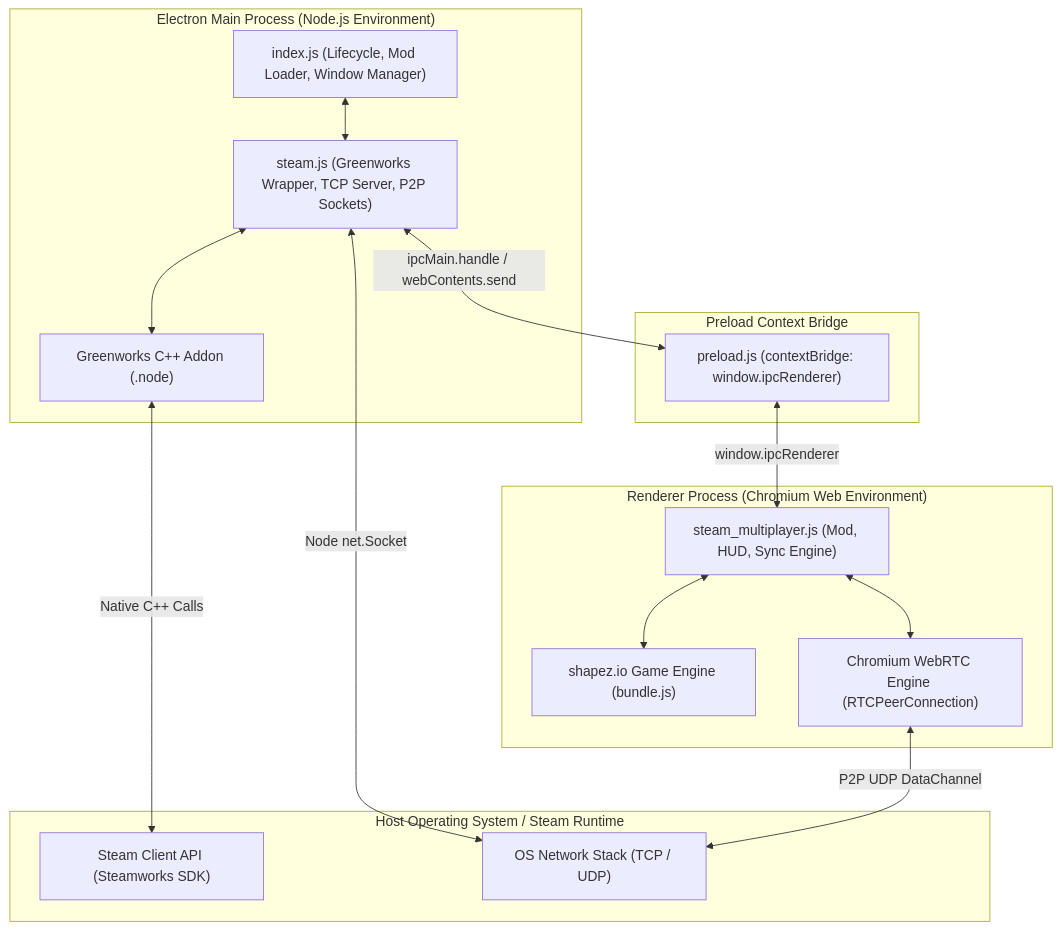
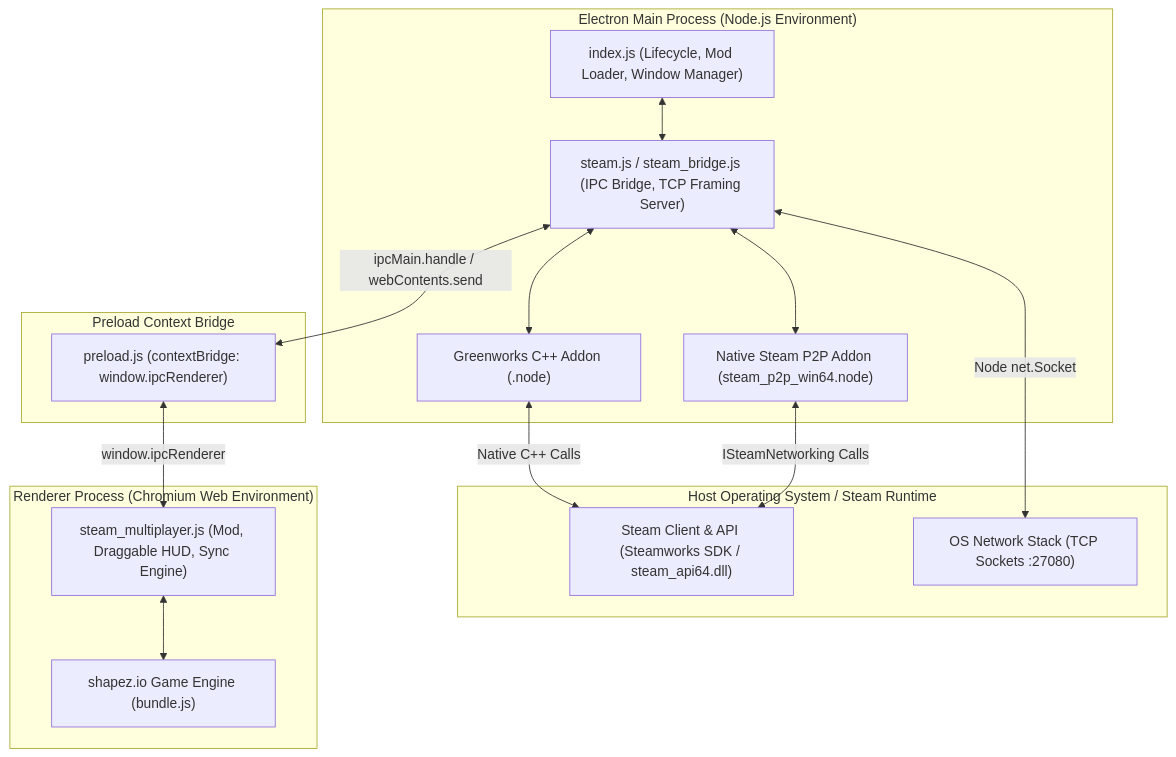
The diagram in docs/technical-design/architecture.md (mjyousif/shapez-steam-multiplayer-mod), drawn with Mermaid before and after one commit. The commit also changed other lines of this file and 8 other files, not shown here.

Commit message:
docs: synchronize technical designs and feature guides with native Steam P2P and add AGENTS.md (#17)

````diff
--- a/docs/technical-design/architecture.md
+++ b/docs/technical-design/architecture.md
@@ -9,34 +9,36 @@
 ```mermaid
 flowchart TB
     subgraph HostSystem["Host Operating System / Steam Runtime"]
-        SteamClient["Steam Client API (Steamworks SDK)"]
-        OSNetwork["OS Network Stack (TCP / UDP)"]
+        SteamClient["Steam Client & API (Steamworks SDK / steam_api64.dll)"]
+        OSNetwork["OS Network Stack (TCP Sockets :27080)"]
     end
 
     subgraph ElectronMain["Electron Main Process (Node.js Environment)"]
         IndexJS["index.js (Lifecycle, Mod Loader, Window Manager)"]
-        SteamJS["steam.js (Greenworks Wrapper, TCP Server, P2P Sockets)"]
+        SteamJS["steam.js / steam_bridge.js (IPC Bridge, TCP Framing Server)"]
         Greenworks["Greenworks C++ Addon (.node)"]
+        SteamP2P["Native Steam P2P Addon (steam_p2p_win64.node)"]
+
         IndexJS <--> SteamJS
         SteamJS <--> Greenworks
+        SteamJS <--> SteamP2P
     end
 
     subgraph Preload["Preload Context Bridge"]
         PreloadJS["preload.js (contextBridge: window.ipcRenderer)"]
     end
 
     subgraph RendererProcess["Renderer Process (Chromium Web Environment)"]
         GameEngine["shapez.io Game Engine (bundle.js)"]
-        MultiplayerMod["steam_multiplayer.js (Mod, HUD, Sync Engine)"]
-        WebRTC["Chromium WebRTC Engine (RTCPeerConnection)"]
+        MultiplayerMod["steam_multiplayer.js (Mod, Draggable HUD, Sync Engine)"]
+
         MultiplayerMod <--> GameEngine
-        MultiplayerMod <--> WebRTC
     end
 
     Greenworks <--> |Native C++ Calls| SteamClient
+    SteamP2P <--> |ISteamNetworking Calls| SteamClient
     SteamJS <--> |Node net.Socket| OSNetwork
-    WebRTC <--> |P2P UDP DataChannel| OSNetwork
 
     SteamJS <--> |ipcMain.handle / webContents.send| PreloadJS
     PreloadJS <--> |window.ipcRenderer| MultiplayerMod
 ```
````
